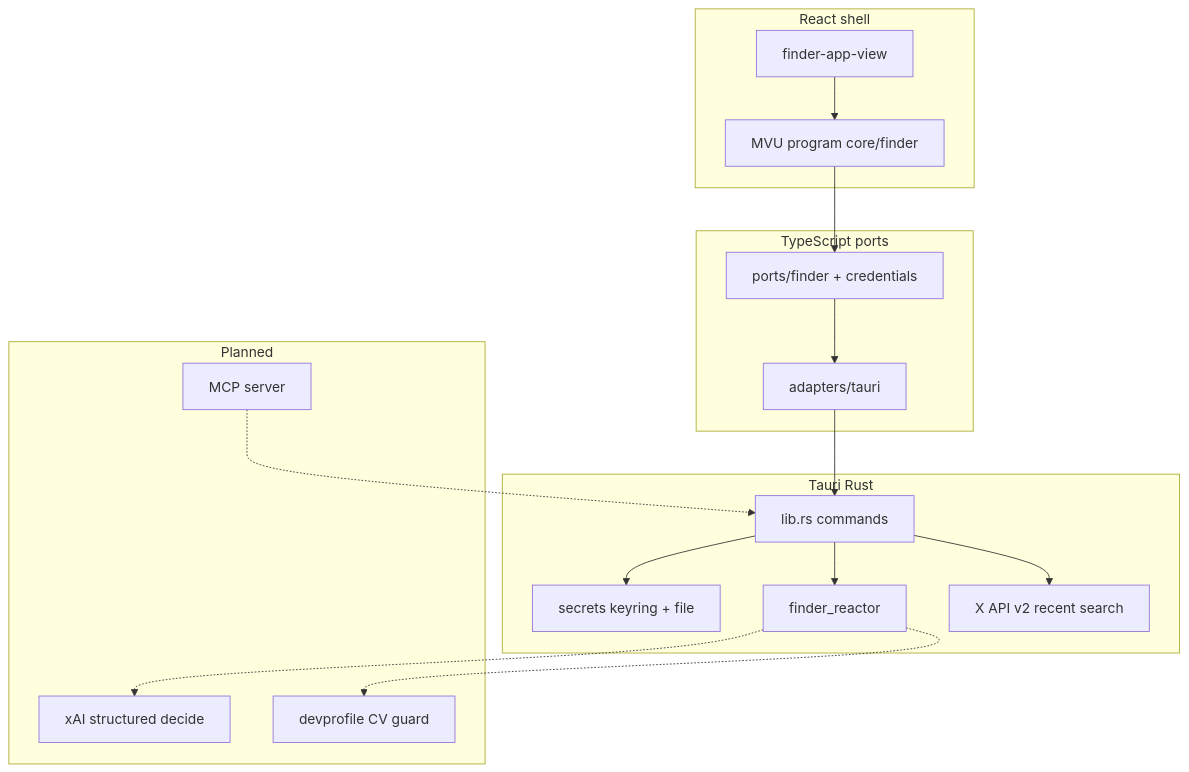
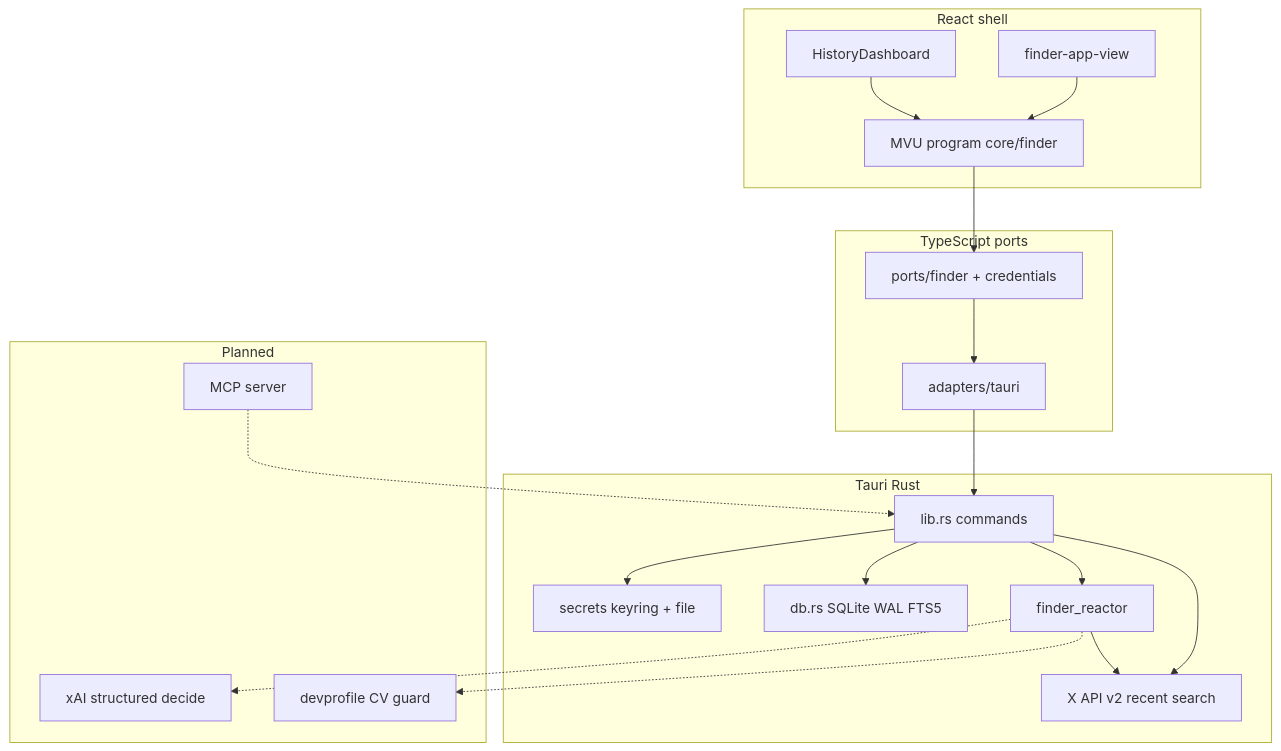
The first of 4 diagrams in docs/agentic-architecture.md (p10ns11y/collab-finder), drawn with Mermaid before and after one commit. The commit also changed other lines of this file and 6 other files, not shown here.

First line of the commit message:
docs: align architecture and README with shipped history and live cycle

````diff
--- a/docs/agentic-architecture.md
+++ b/docs/agentic-architecture.md
@@ -15,34 +15,39 @@
 ```mermaid
 flowchart TB
   subgraph ui [React shell]
     View[finder-app-view]
+    HistUI[HistoryDashboard]
     MVU[MVU program core/finder]
     View --> MVU
+    HistUI --> MVU
   end
 
   subgraph bridge [TypeScript ports]
     Ports[ports/finder + credentials]
     Adapters[adapters/tauri]
     MVU --> Ports --> Adapters
   end
 
   subgraph tauri [Tauri Rust]
     Cmd[lib.rs commands]
     Sec[secrets keyring + file]
+    DB[db.rs SQLite WAL FTS5]
     React[finder_reactor]
     XAPI[X API v2 recent search]
     Adapters --> Cmd
     Cmd --> Sec
+    Cmd --> DB
     Cmd --> React
     Cmd --> XAPI
+    React --> XAPI
   end
 
   subgraph future [Planned]
     MCP[MCP server]
     xAI[xAI structured decide]
     CV[devprofile CV guard]
     MCP -.-> Cmd
     React -.-> xAI
     React -.-> CV
   end
 ```
````
